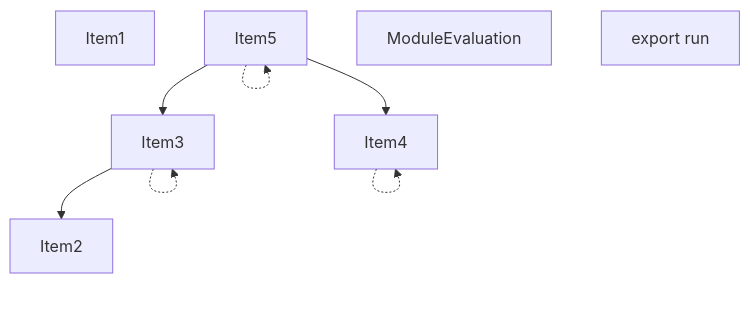
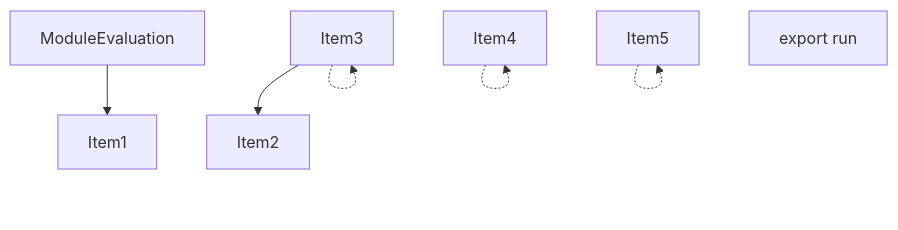
Before and after one commit to vercel/turborepo: the fourth of 5 diagrams in crates/turbopack-ecmascript/tests/tree-shaker/analyzer/ipc-evaluate/output.md, drawn with Mermaid. The commit also changed other lines of this file and 20 other files, not shown here.

````diff
--- a/crates/turbopack-ecmascript/tests/tree-shaker/analyzer/ipc-evaluate/output.md
+++ b/crates/turbopack-ecmascript/tests/tree-shaker/analyzer/ipc-evaluate/output.md
@@ -179,18 +196,17 @@
 ```mermaid
 graph TD
     Item1;
     Item2;
     Item3;
     Item4;
     Item5;
     Item6;
     Item6["ModuleEvaluation"];
     Item7;
     Item7["export run"];
     Item3 --> Item2;
     Item3 -.-> Item3;
     Item4 -.-> Item4;
     Item5 -.-> Item5;
-    Item5 --> Item3;
-    Item5 --> Item4;
+    Item6 --> Item1;
 ```
````
